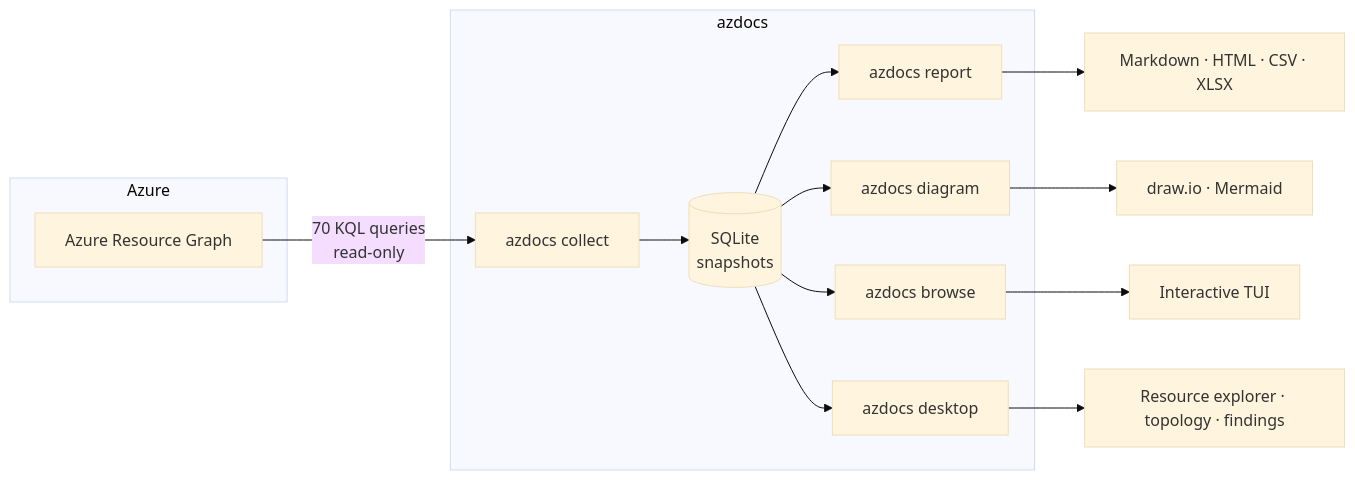
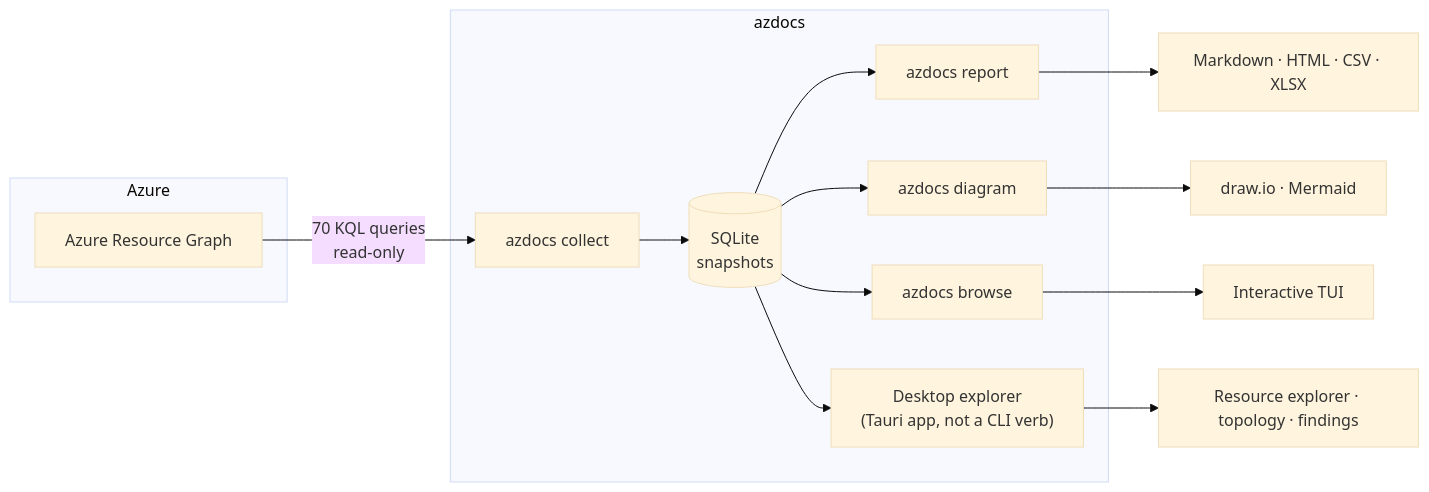
The diagram in docs/README.md (russmckendrick/azdocs), drawn with Mermaid (base theme) before and after one commit. The commit also changed other lines of this file and 7 other files, not shown here.

````diff
--- a/docs/README.md
+++ b/docs/README.md
@@ -7,24 +7,24 @@
 ```mermaid
 flowchart LR
     subgraph Azure
         ARG[Azure Resource Graph]
     end
     subgraph azdocs
         collect[azdocs collect]
         db[(SQLite<br/>snapshots)]
         report[azdocs report]
         diagram[azdocs diagram]
         browse[azdocs browse]
-        desktop[azdocs desktop]
+        desktop["Desktop explorer<br/>(Tauri app, not a CLI verb)"]
     end
     ARG -->|70 KQL queries<br/>read-only| collect
     collect --> db
     db --> report
     db --> diagram
     db --> browse
     db --> desktop
     report --> docs_out[Markdown · HTML · CSV · XLSX]
     diagram --> diag_out[draw.io · Mermaid]
     browse --> tui[Interactive TUI]
     desktop --> gui[Resource explorer · topology · findings]
 ```
````
